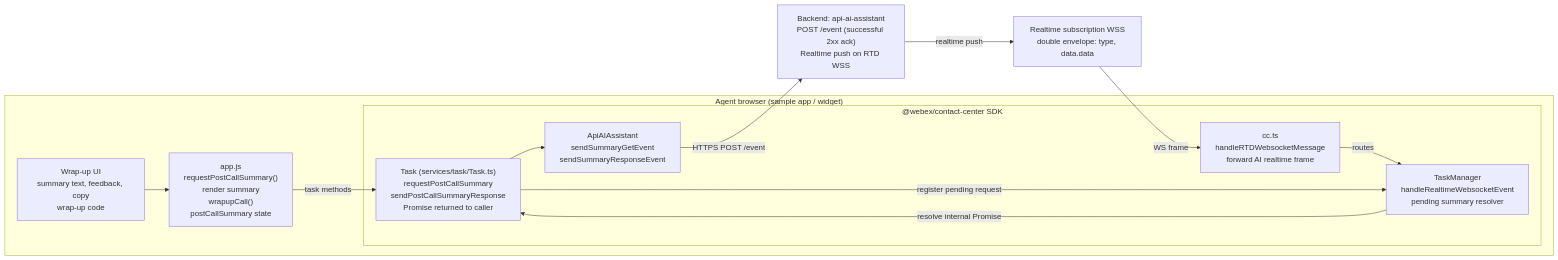
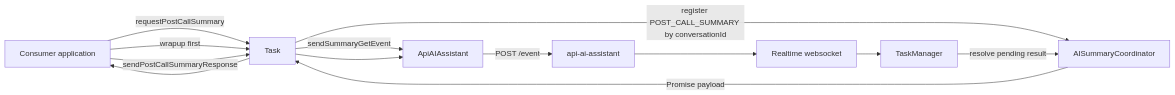
One commit to webex/webex-js-sdk changed the first of 2 diagrams in ai-summary-postcall-flow.md. Above: the diagram before and after it, drawn with Mermaid. The commit also changed other lines of this file and 39 other files, not shown here.

````diff
--- a/ai-summary-postcall-flow.md
+++ b/ai-summary-postcall-flow.md
@@ -11,24 +9,23 @@
 ```mermaid
 flowchart LR
-  subgraph Browser["Agent browser (sample app / widget)"]
-    UI["Wrap-up UI<br/>summary text, feedback, copy<br/>wrap-up code"]
-    App["app.js<br/>requestPostCallSummary()<br/>render summary<br/>wrapupCall()<br/>postCallSummary state"]
-    subgraph SDK["@webex/contact-center SDK"]
-      Task["Task (services/task/Task.ts)<br/>requestPostCallSummary<br/>sendPostCallSummaryResponse<br/>Promise returned to caller"]
-      API["ApiAIAssistant<br/>sendSummaryGetEvent<br/>sendSummaryResponseEvent"]
-      CC["cc.ts<br/>handleRTDWebsocketMessage<br/>forward AI realtime frame"]
-      TM["TaskManager<br/>handleRealtimeWebsocketEvent<br/>pending summary resolver"]
-    end
-    UI --> App
-    App -->|task methods| Task
-    Task --> API
-    Task -->|register pending request| TM
-    CC -->|routes| TM
-    TM -->|resolve internal Promise| Task
-  end
-  Backend["Backend: api-ai-assistant<br/>POST /event (successful 2xx ack)<br/>Realtime push on RTD WSS"]
-  WS["Realtime subscription WSS<br/>double envelope: type, data.data"]
-  API -->|HTTPS POST /event| Backend
-  Backend -->|realtime push| WS
-  WS -->|WS frame| CC
+  App[Consumer application]
+  Task[Task]
+  Coord[AISummaryCoordinator]
+  API[ApiAIAssistant]
+  Backend[api-ai-assistant]
+  RTD[Realtime websocket]
+  TM[TaskManager]
+
+  App -->|requestPostCallSummary| Task
+  Task -->|register POST_CALL_SUMMARY by conversationId| Coord
+  Task -->|sendSummaryGetEvent| API
+  API -->|POST /event| Backend
+  Backend --> RTD
+  RTD --> TM
+  TM -->|resolve pending result| Coord
+  Coord -->|Promise payload| Task
+  Task --> App
+  App -->|wrapup first| Task
+  App -->|sendPostCallSummaryResponse| Task
+  Task --> API
 ```
````
